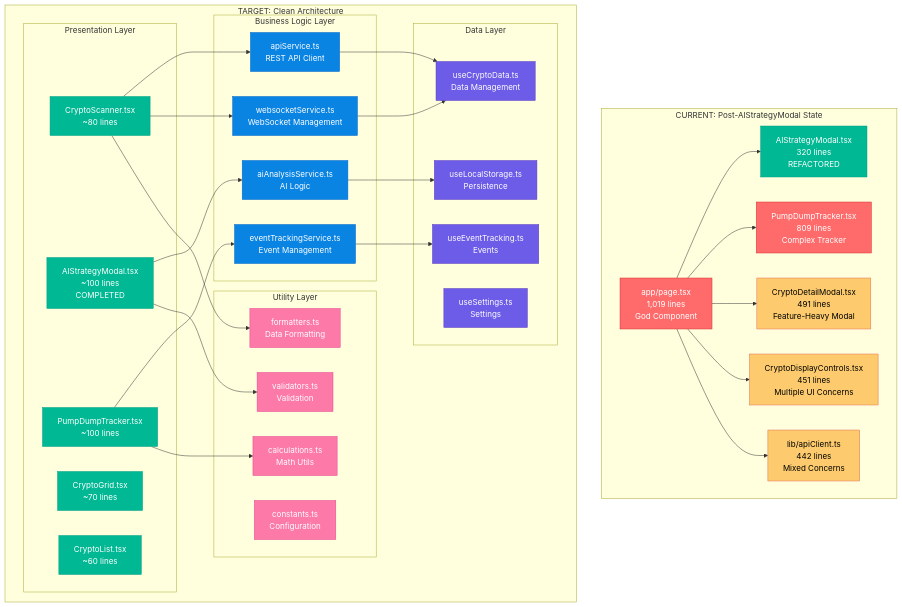
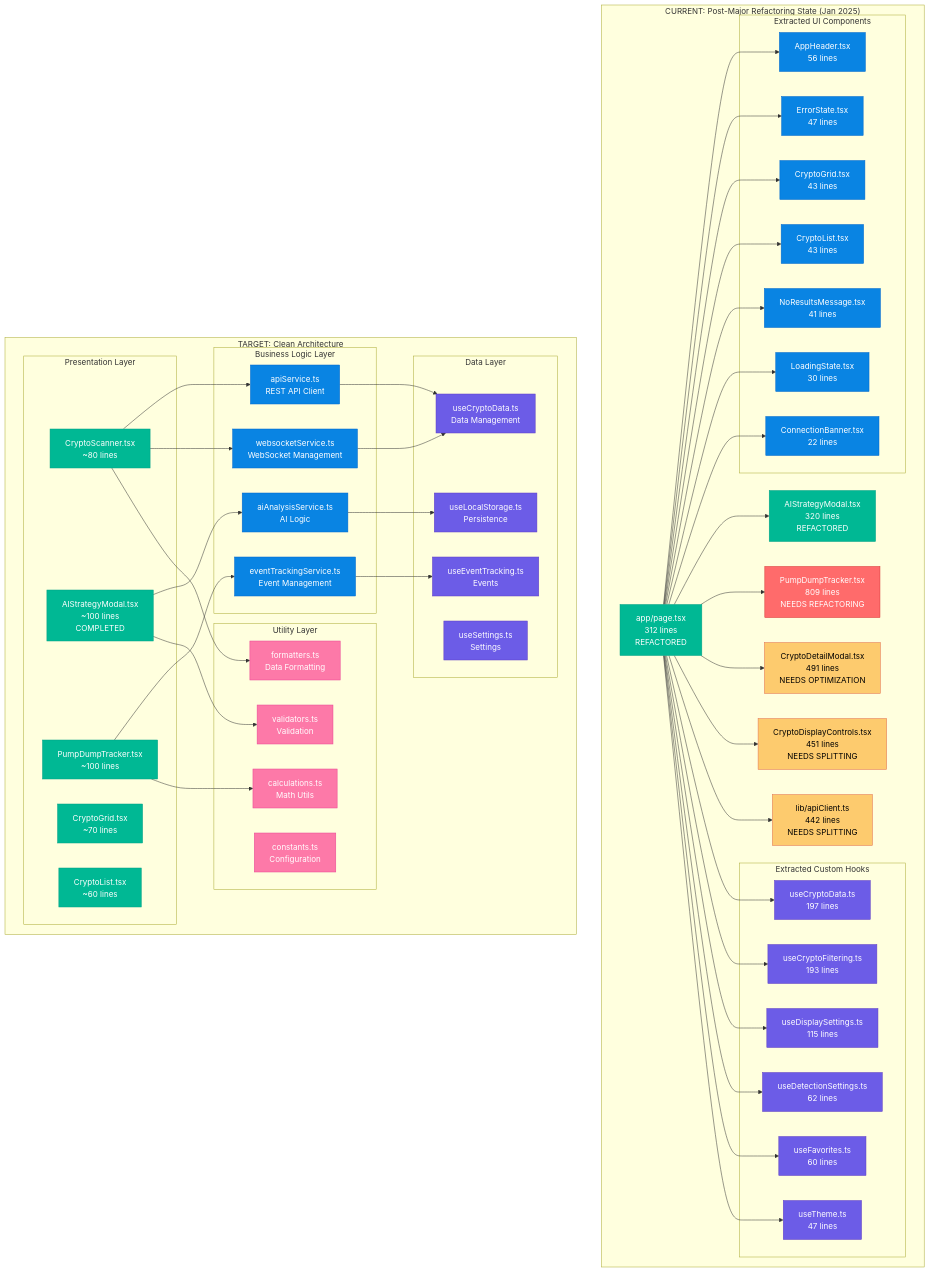
One commit to rezzamohammad/CryptoScanner changed the diagram in doc/mermaid_graph/mermaid_graph_refactor.mmd. Above: the diagram before and after it, drawn with Mermaid. The commit also changed 23 other files, not shown here.

```diff
--- a/doc/mermaid_graph/mermaid_graph_refactor.mmd
+++ b/doc/mermaid_graph/mermaid_graph_refactor.mmd
@@ -1,78 +1,127 @@
 graph TB
-    subgraph "CURRENT: Post-AIStrategyModal State"
-        A1[app/page.tsx<br/>1,019 lines<br/>God Component] --> A2[AIStrategyModal.tsx<br/>320 lines<br/>REFACTORED]
-        A1 --> A3[PumpDumpTracker.tsx<br/>809 lines<br/>Complex Tracker]
-        A1 --> A4[CryptoDetailModal.tsx<br/>491 lines<br/>Feature-Heavy Modal]
-        A1 --> A5[CryptoDisplayControls.tsx<br/>451 lines<br/>Multiple UI Concerns]
-        A1 --> A6[lib/apiClient.ts<br/>442 lines<br/>Mixed Concerns]
+    subgraph "CURRENT: Post-Major Refactoring State (Jan 2025)"
+        A1[app/page.tsx<br/>312 lines<br/>REFACTORED] --> A2[AIStrategyModal.tsx<br/>320 lines<br/>REFACTORED]
+        A1 --> A3[PumpDumpTracker.tsx<br/>809 lines<br/>NEEDS REFACTORING]
+        A1 --> A4[CryptoDetailModal.tsx<br/>491 lines<br/>NEEDS OPTIMIZATION]
+        A1 --> A5[CryptoDisplayControls.tsx<br/>451 lines<br/>NEEDS SPLITTING]
+        A1 --> A6[lib/apiClient.ts<br/>442 lines<br/>NEEDS SPLITTING]
         
-        style A1 fill:#ff6b6b,stroke:#d63031,color:#fff
+        subgraph "Extracted Custom Hooks"
+            H1[useCryptoData.ts<br/>197 lines]
+            H2[useCryptoFiltering.ts<br/>193 lines]
+            H3[useDisplaySettings.ts<br/>115 lines]
+            H4[useDetectionSettings.ts<br/>62 lines]
+            H5[useFavorites.ts<br/>60 lines]
+            H6[useTheme.ts<br/>47 lines]
+        end
+        
+        subgraph "Extracted UI Components"
+            U1[AppHeader.tsx<br/>56 lines]
+            U2[ErrorState.tsx<br/>47 lines]
+            U3[CryptoGrid.tsx<br/>43 lines]
+            U4[CryptoList.tsx<br/>43 lines]
+            U5[NoResultsMessage.tsx<br/>41 lines]
+            U6[LoadingState.tsx<br/>30 lines]
+            U7[ConnectionBanner.tsx<br/>22 lines]
+        end
+        
+        A1 --> H1
+        A1 --> H2
+        A1 --> H3
+        A1 --> H4
+        A1 --> H5
+        A1 --> H6
+        
+        A1 --> U1
+        A1 --> U2
+        A1 --> U3
+        A1 --> U4
+        A1 --> U5
+        A1 --> U6
+        A1 --> U7
+        
+        style A1 fill:#00b894,stroke:#00a085,color:#fff
         style A2 fill:#00b894,stroke:#00a085,color:#fff
         style A3 fill:#ff6b6b,stroke:#d63031,color:#fff
         style A4 fill:#fdcb6e,stroke:#e17055,color:#000
         style A5 fill:#fdcb6e,stroke:#e17055,color:#000
         style A6 fill:#fdcb6e,stroke:#e17055,color:#000
+        
+        style H1 fill:#6c5ce7,stroke:#5f3dc4,color:#fff
+        style H2 fill:#6c5ce7,stroke:#5f3dc4,color:#fff
+        style H3 fill:#6c5ce7,stroke:#5f3dc4,color:#fff
+        style H4 fill:#6c5ce7,stroke:#5f3dc4,color:#fff
+        style H5 fill:#6c5ce7,stroke:#5f3dc4,color:#fff
+        style H6 fill:#6c5ce7,stroke:#5f3dc4,color:#fff
+        
+        style U1 fill:#0984e3,stroke:#0066cc,color:#fff
+        style U2 fill:#0984e3,stroke:#0066cc,color:#fff
+        style U3 fill:#0984e3,stroke:#0066cc,color:#fff
+        style U4 fill:#0984e3,stroke:#0066cc,color:#fff
+        style U5 fill:#0984e3,stroke:#0066cc,color:#fff
+        style U6 fill:#0984e3,stroke:#0066cc,color:#fff
+        style U7 fill:#0984e3,stroke:#0066cc,color:#fff
     end
     
     subgraph "TARGET: Clean Architecture"
         subgraph "Presentation Layer"
             B1[CryptoScanner.tsx<br/>~80 lines]
             B2[CryptoGrid.tsx<br/>~70 lines]
             B3[CryptoList.tsx<br/>~60 lines]
             B4[AIStrategyModal.tsx<br/>~100 lines<br/>COMPLETED]
             B5[PumpDumpTracker.tsx<br/>~100 lines]
         end
         
         subgraph "Business Logic Layer"
             C1[apiService.ts<br/>REST API Client]
             C2[websocketService.ts<br/>WebSocket Management]
             C3[aiAnalysisService.ts<br/>AI Logic]
             C4[eventTrackingService.ts<br/>Event Management]
         end
         
         subgraph "Data Layer"
             D1[useLocalStorage.ts<br/>Persistence]
             D2[useCryptoData.ts<br/>Data Management]
             D3[useSettings.ts<br/>Settings]
             D4[useEventTracking.ts<br/>Events]
         end
         
         subgraph "Utility Layer"
             E1[formatters.ts<br/>Data Formatting]
             E2[validators.ts<br/>Validation]
             E3[calculations.ts<br/>Math Utils]
             E4[constants.ts<br/>Configuration]
         end
         
         B1 --> C1
         B1 --> C2
         B4 --> C3
         B5 --> C4
         
         C1 --> D2
         C2 --> D2
         C3 --> D1
         C4 --> D4
         
         B1 --> E1
         B4 --> E2
         B5 --> E3
         
         style B1 fill:#00b894,stroke:#00a085,color:#fff
         style B2 fill:#00b894,stroke:#00a085,color:#fff
         style B3 fill:#00b894,stroke:#00a085,color:#fff
         style B4 fill:#00b894,stroke:#00a085,color:#fff
         style B5 fill:#00b894,stroke:#00a085,color:#fff
         style C1 fill:#0984e3,stroke:#0066cc,color:#fff
         style C2 fill:#0984e3,stroke:#0066cc,color:#fff
         style C3 fill:#0984e3,stroke:#0066cc,color:#fff
         style C4 fill:#0984e3,stroke:#0066cc,color:#fff
         style D1 fill:#6c5ce7,stroke:#5f3dc4,color:#fff
         style D2 fill:#6c5ce7,stroke:#5f3dc4,color:#fff
         style D3 fill:#6c5ce7,stroke:#5f3dc4,color:#fff
         style D4 fill:#6c5ce7,stroke:#5f3dc4,color:#fff
         style E1 fill:#fd79a8,stroke:#e84393,color:#fff
         style E2 fill:#fd79a8,stroke:#e84393,color:#fff
         style E3 fill:#fd79a8,stroke:#e84393,color:#fff
         style E4 fill:#fd79a8,stroke:#e84393,color:#fff
     end
```
